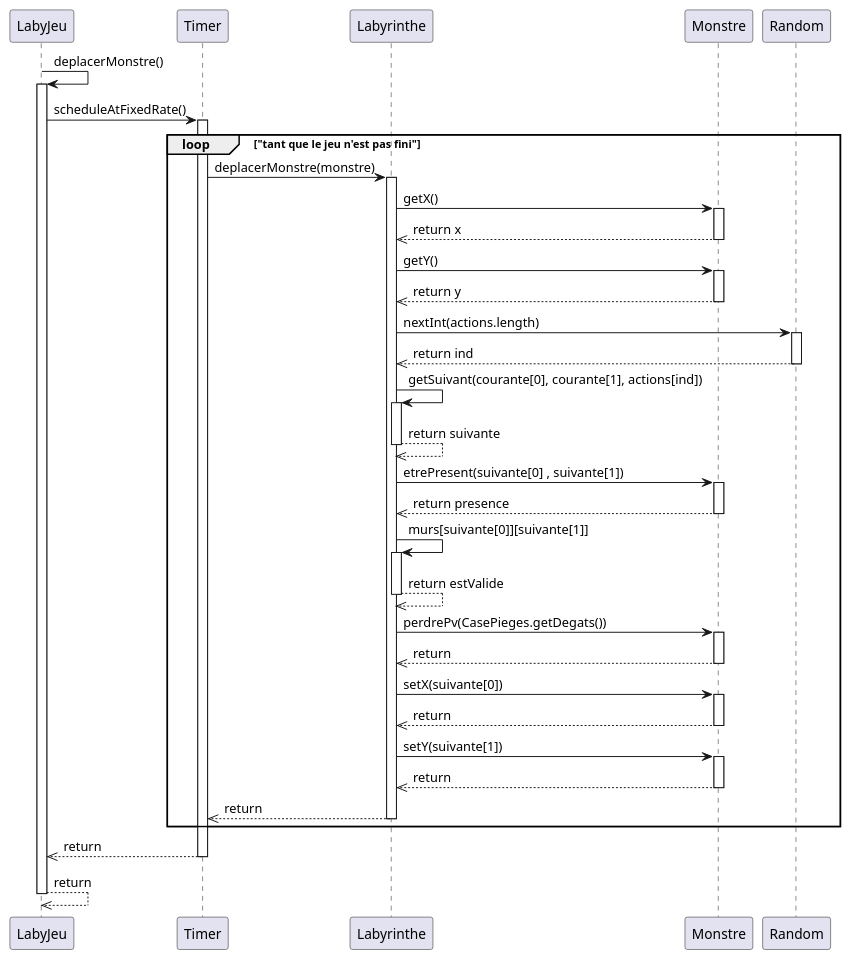
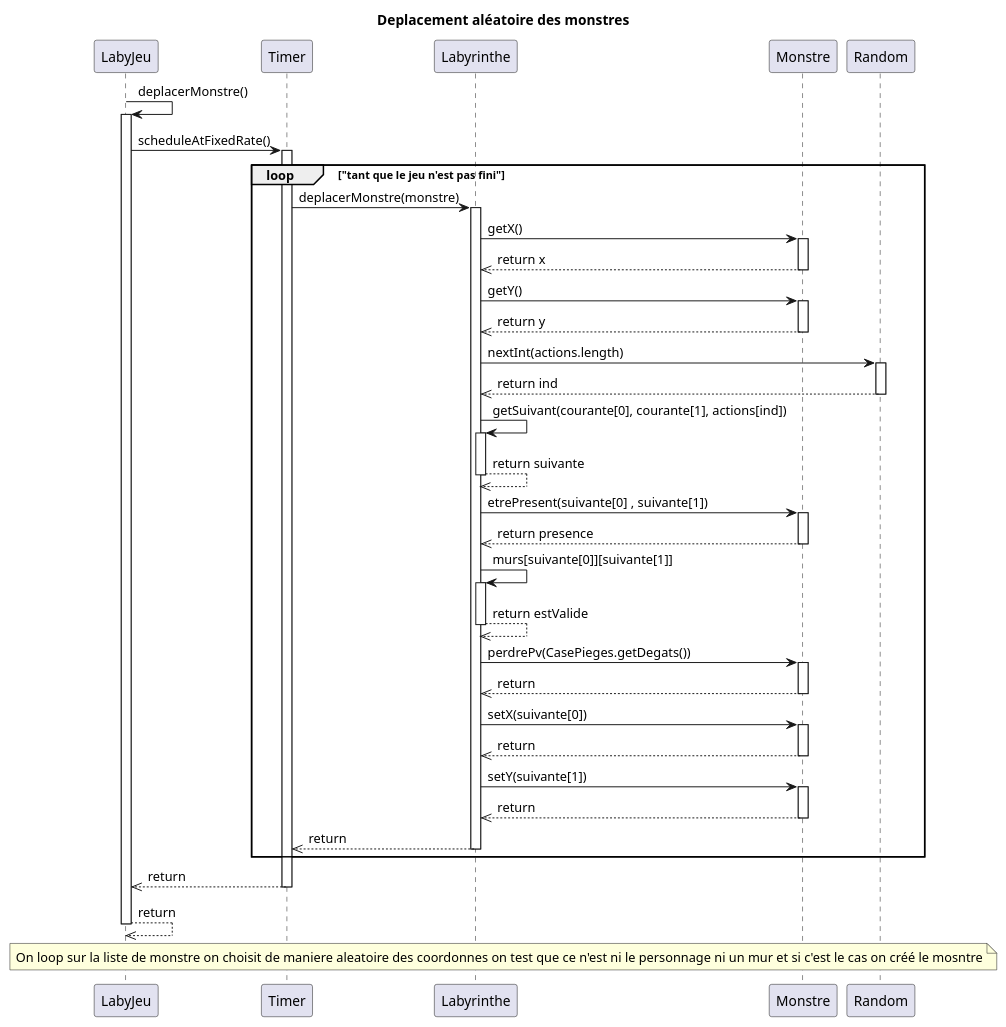
One commit to LukaSalvo/SAE2024 changed the diagram in zeldiablo/documents/version_3/diagseq_DeplacementAleatoireMonstre.puml. Above: the diagram before and after it, drawn with PlantUML. The commit also changed 6 other files, not shown here.

```diff
--- a/zeldiablo/documents/version_3/diagseq_DeplacementAleatoireMonstre.puml
+++ b/zeldiablo/documents/version_3/diagseq_DeplacementAleatoireMonstre.puml
@@ -1,58 +1,61 @@
 @startuml
 participant "LabyJeu" as L
 participant "Timer" as T
 participant "Labyrinthe" as La
 participant "Monstre" as M
 participant "Random" as R
-
+title : Deplacement aléatoire des monstres
 L -> L : deplacerMonstre()
 activate L
 L -> T : scheduleAtFixedRate()
 activate T
 loop "tant que le jeu n'est pas fini"
     T -> La : deplacerMonstre(monstre)
     activate La
     La -> M : getX()
     activate M
     M -->> La : return x
     deactivate M
     La -> M : getY()
     activate M
     M -->> La : return y
     deactivate M
     La -> R : nextInt(actions.length)
     activate R
     R -->> La : return ind
     deactivate R
     La -> La : getSuivant(courante[0], courante[1], actions[ind])
     activate La
     La -->> La : return suivante
     deactivate La
     La -> M : etrePresent(suivante[0] , suivante[1])
     activate M
     M -->> La : return presence
     deactivate M
     La -> La : murs[suivante[0]][suivante[1]]
     activate La
     La -->> La : return estValide
     deactivate La
     La -> M : perdrePv(CasePieges.getDegats())
     activate M
     M -->> La : return
     deactivate M
     La -> M : setX(suivante[0])
     activate M
     M -->> La : return
     deactivate M
     La -> M : setY(suivante[1])
     activate M
     M -->> La : return
     deactivate M
     La -->> T : return
     deactivate La
 end
 T -->> L : return
 deactivate T
 L -->> L : return
 deactivate L
+note across
+On loop sur la liste de monstre on choisit de maniere aleatoire des coordonnes on test que ce n'est ni le personnage ni un mur et si c'est le cas on créé le mosntre
+end note
 @enduml
```
